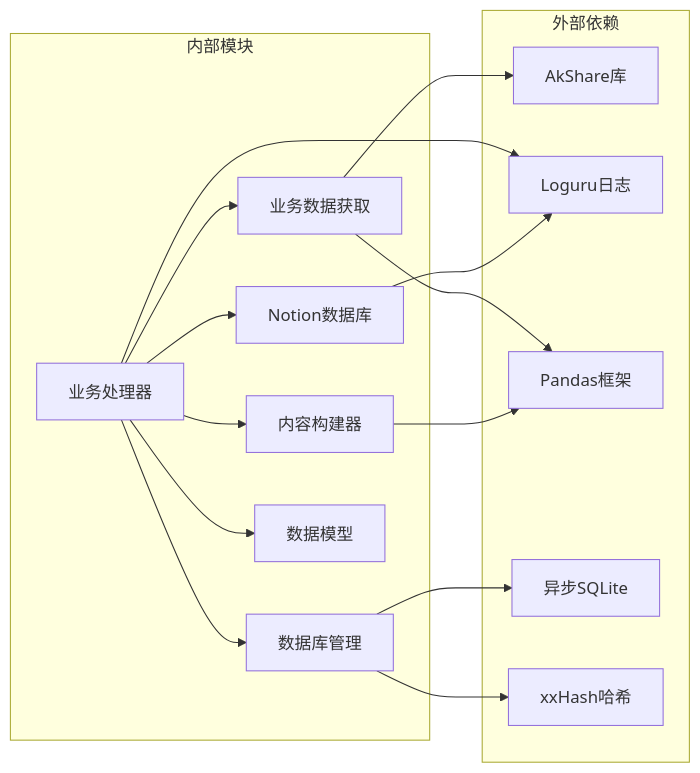
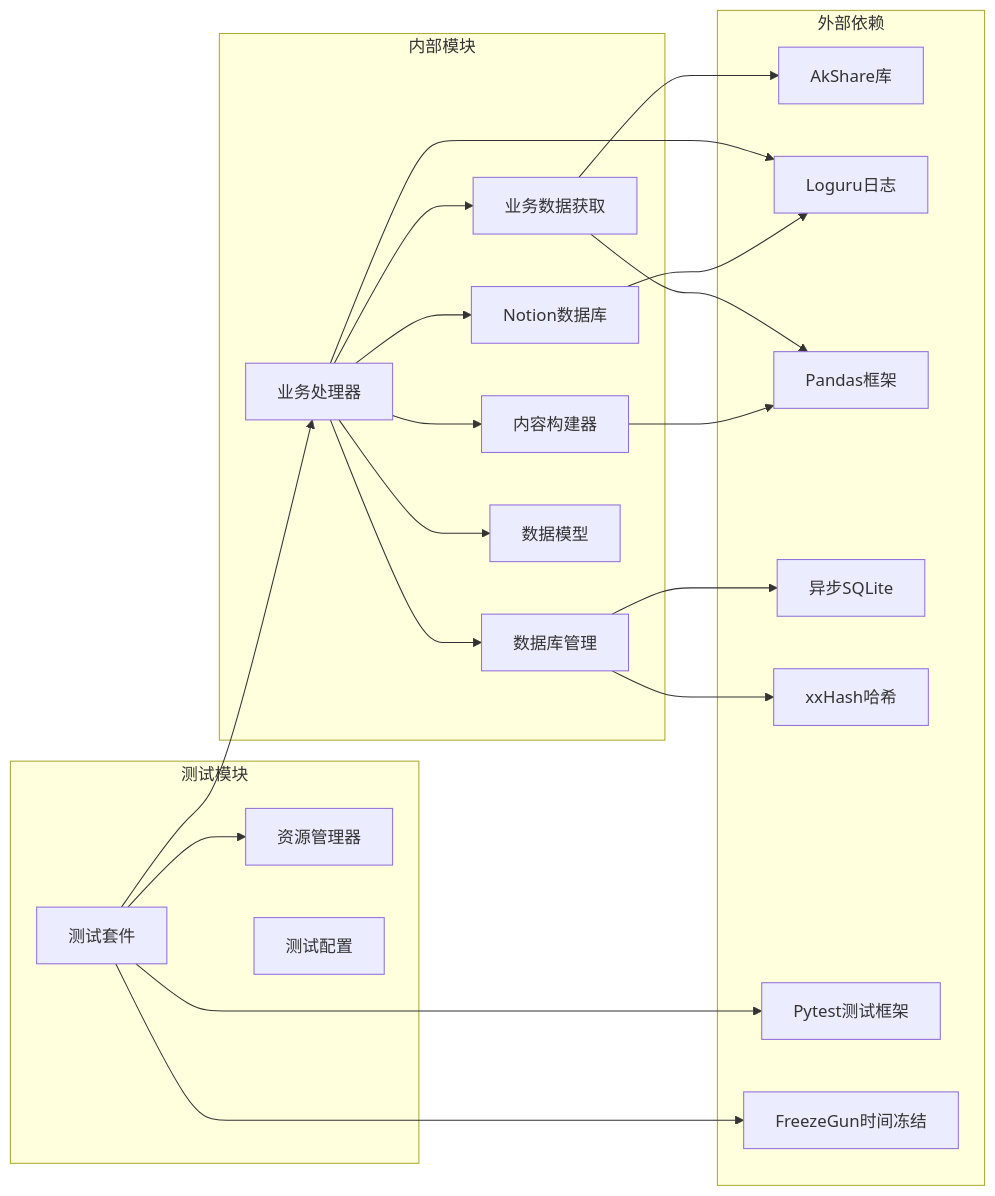
Before and after one commit to iverwong/DataLife: the seventh of 7 diagrams in .qoder/repowiki/zh/content/Business Data Handler.md, drawn with Mermaid. The commit also changed other lines of this file and 14 other files, not shown here.

````diff
--- a/.qoder/repowiki/zh/content/Business Data Handler.md
+++ b/.qoder/repowiki/zh/content/Business Data Handler.md
@@ -275,30 +366,41 @@
 ```mermaid
 graph LR
 subgraph "外部依赖"
 AkShare[AkShare库]
 Loguru[Loguru日志]
 Pandas[Pandas框架]
 AioSQLite[异步SQLite]
 xxHash[xxHash哈希]
+pytest[Pytest测试框架]
+freezegun[FreezeGun时间冻结]
 end
 subgraph "内部模块"
 BusinessHandler[业务处理器]
 BusinessData[业务数据获取]
 ContentBuilder[内容构建器]
 FlowDatabase[Notion数据库]
 Database[数据库管理]
 Models[数据模型]
+end
+subgraph "测试模块"
+TestSuite[测试套件]
+ResourceManager[资源管理器]
+TestConfig[测试配置]
 end
 BusinessHandler --> BusinessData
 BusinessHandler --> ContentBuilder
 BusinessHandler --> FlowDatabase
 BusinessHandler --> Database
 BusinessHandler --> Models
 BusinessData --> AkShare
 BusinessData --> Pandas
 BusinessHandler --> Loguru
 Database --> AioSQLite
 Database --> xxHash
 ContentBuilder --> Pandas
 FlowDatabase --> Loguru
+TestSuite --> BusinessHandler
+TestSuite --> ResourceManager
+TestSuite --> pytest
+TestSuite --> freezegun
 ```
````
